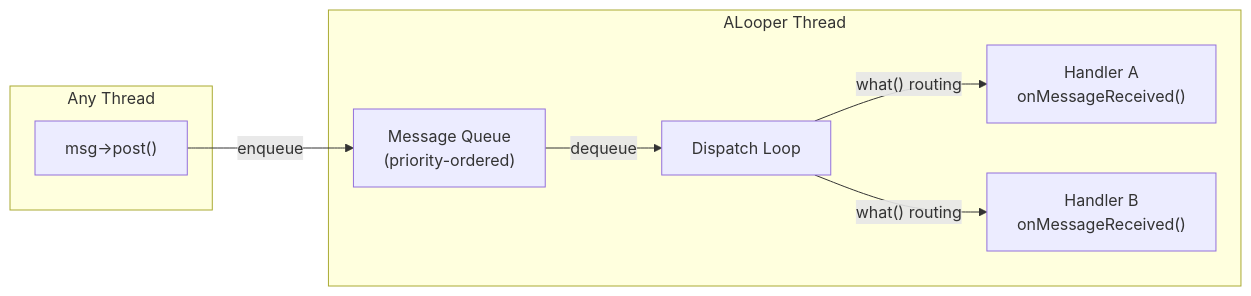
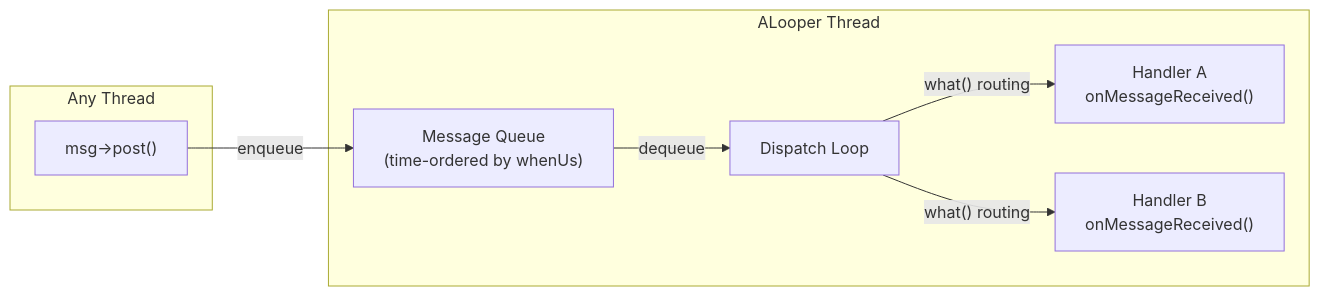
Before and after one commit to aospbooks/aosp-internal-book: diagram 18 of 34 in 16-media-and-camera.md, drawn with Mermaid. The commit also changed other lines of this file and 218 other files, not shown here.

````diff
--- a/16-media-and-camera.md
+++ b/16-media-and-camera.md
@@ -2698,18 +2728,18 @@
 ```mermaid
 graph LR
     subgraph "Any Thread"
         POST["msg->post()"]
     end
 
     subgraph "ALooper Thread"
-        Q["Message Queue<br/>(priority-ordered)"]
+        Q["Message Queue<br/>(time-ordered by whenUs)"]
         DISP["Dispatch Loop"]
         H1["Handler A<br/>onMessageReceived()"]
         H2["Handler B<br/>onMessageReceived()"]
     end
 
     POST -->|"enqueue"| Q
     Q -->|"dequeue"| DISP
     DISP -->|"what() routing"| H1
     DISP -->|"what() routing"| H2
 ```
````
